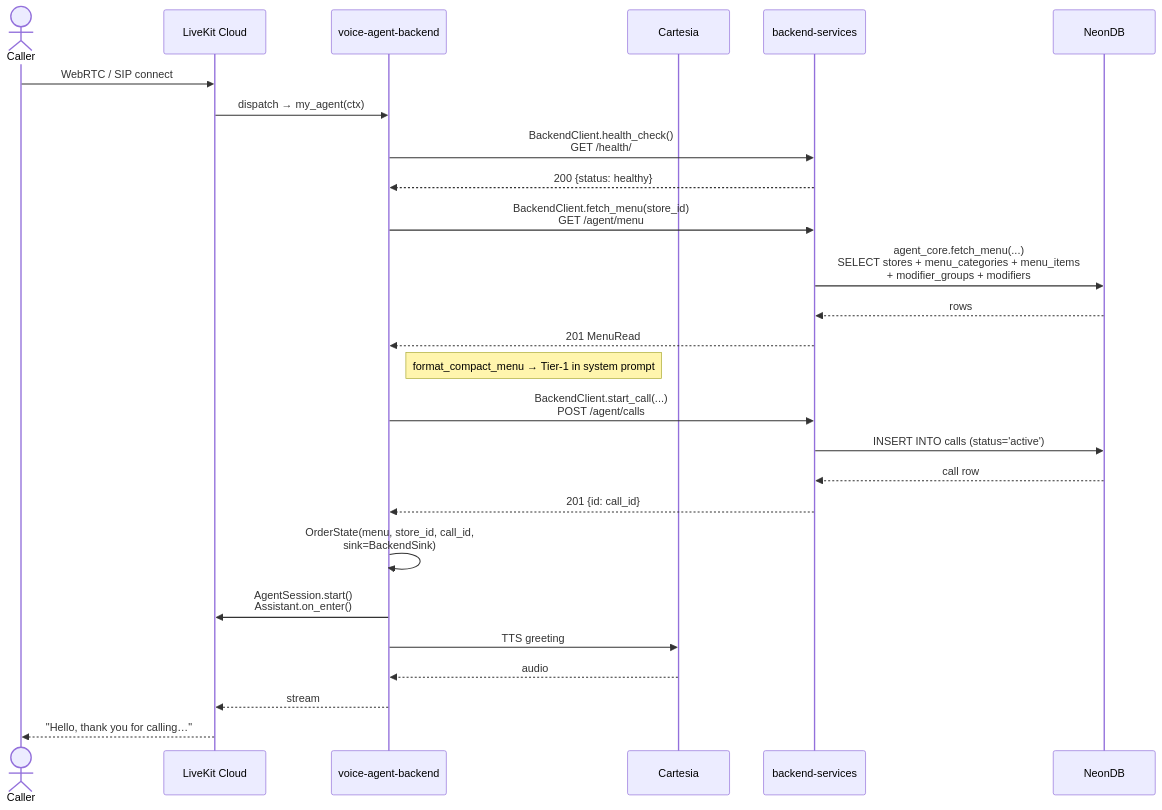
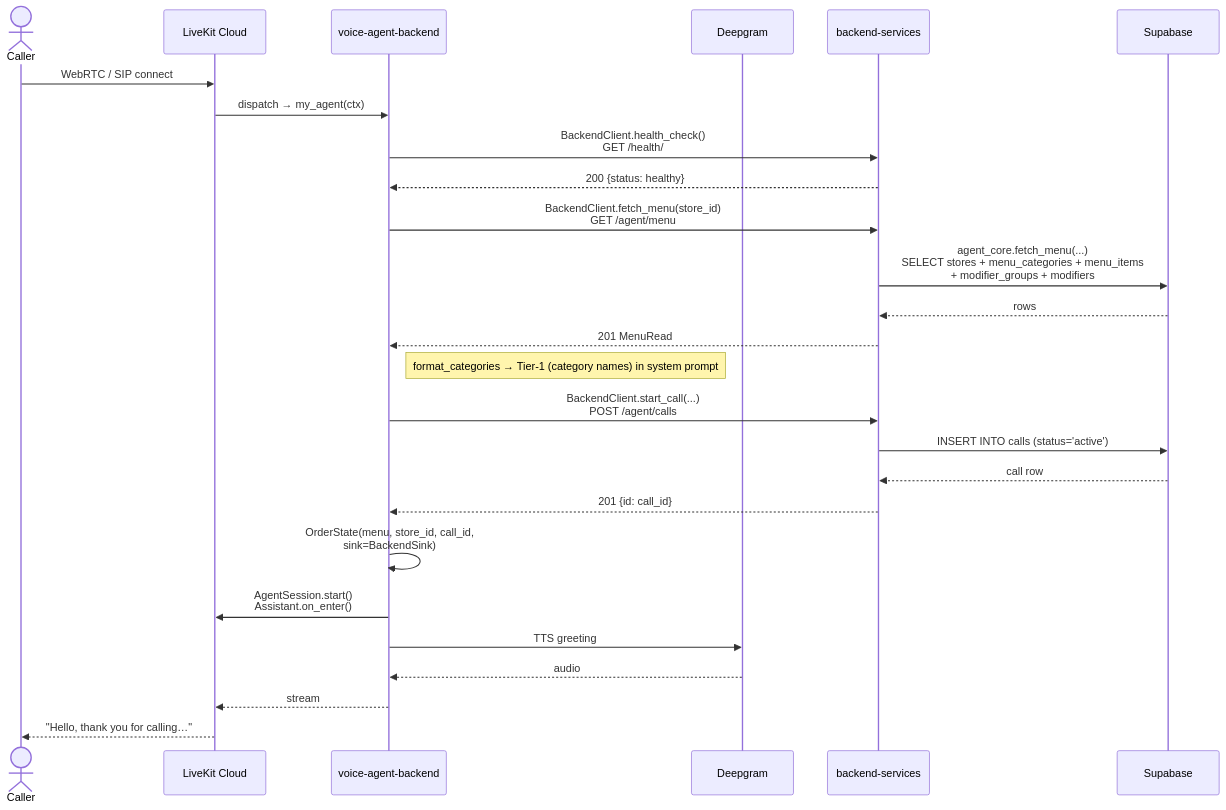
Before and after one commit to voco-dine/org-wiki: the second of 10 diagrams in docs/system-specification/sequence.md, drawn with Mermaid. The commit also changed other lines of this file and 14 other files, not shown here.

````diff
--- a/docs/system-specification/sequence.md
+++ b/docs/system-specification/sequence.md
@@ -42,33 +42,33 @@
 ```mermaid
 sequenceDiagram
     actor Caller
     participant LK as LiveKit Cloud
     participant VA as voice-agent-backend
-    participant CT as Cartesia
+    participant CT as Deepgram
     participant BS as backend-services
-    participant DB as NeonDB
+    participant DB as Supabase
 
     Caller->>LK: WebRTC / SIP connect
     LK->>VA: dispatch → my_agent(ctx)
 
     VA->>BS: BackendClient.health_check()<br/>GET /health/
     BS-->>VA: 200 {status: healthy}
 
     VA->>BS: BackendClient.fetch_menu(store_id)<br/>GET /agent/menu
     BS->>DB: agent_core.fetch_menu(...)<br/>SELECT stores + menu_categories + menu_items<br/>+ modifier_groups + modifiers
     DB-->>BS: rows
     BS-->>VA: 201 MenuRead
-    Note right of VA: format_compact_menu → Tier-1 in system prompt
+    Note right of VA: format_categories → Tier-1 (category names) in system prompt
 
     VA->>BS: BackendClient.start_call(...)<br/>POST /agent/calls
     BS->>DB: INSERT INTO calls (status='active')
     DB-->>BS: call row
     BS-->>VA: 201 {id: call_id}
 
     VA->>VA: OrderState(menu, store_id, call_id,<br/>sink=BackendSink)
     VA->>LK: AgentSession.start()<br/>Assistant.on_enter()
     VA->>CT: TTS greeting
     CT-->>VA: audio
     VA-->>LK: stream
     LK-->>Caller: "Hello, thank you for calling…"
 ```
````
